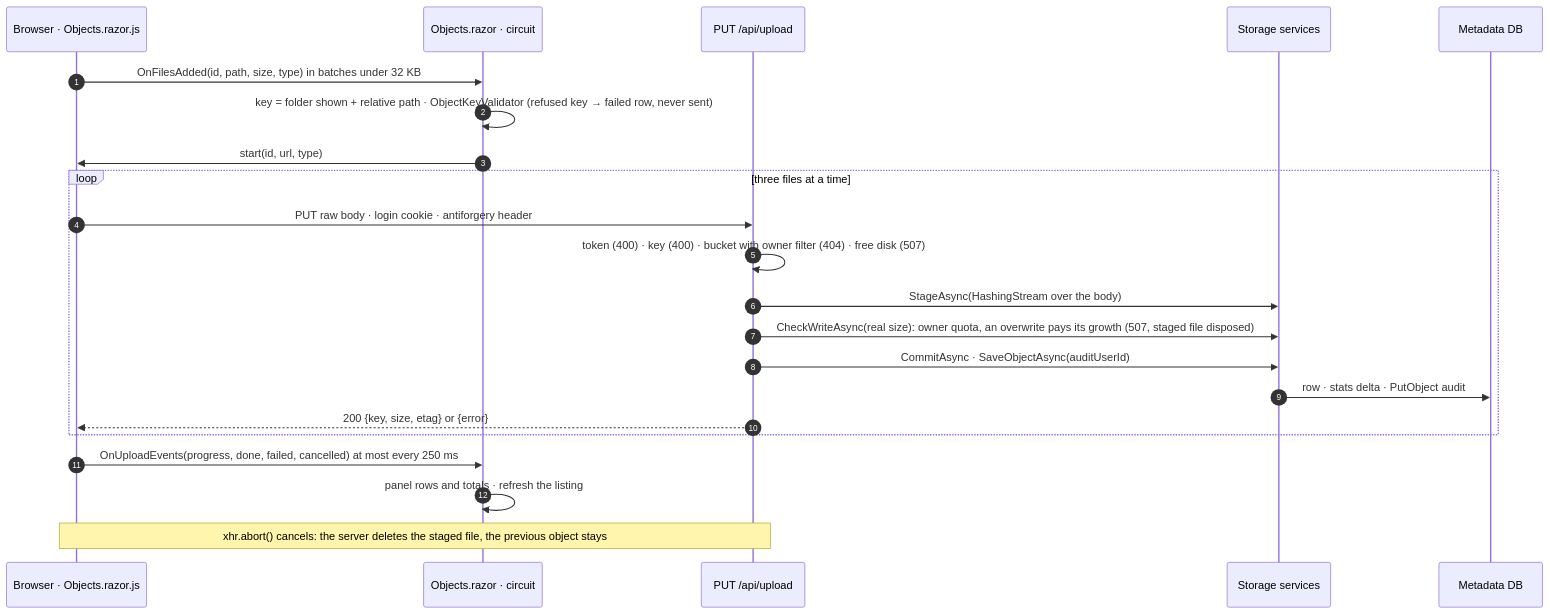
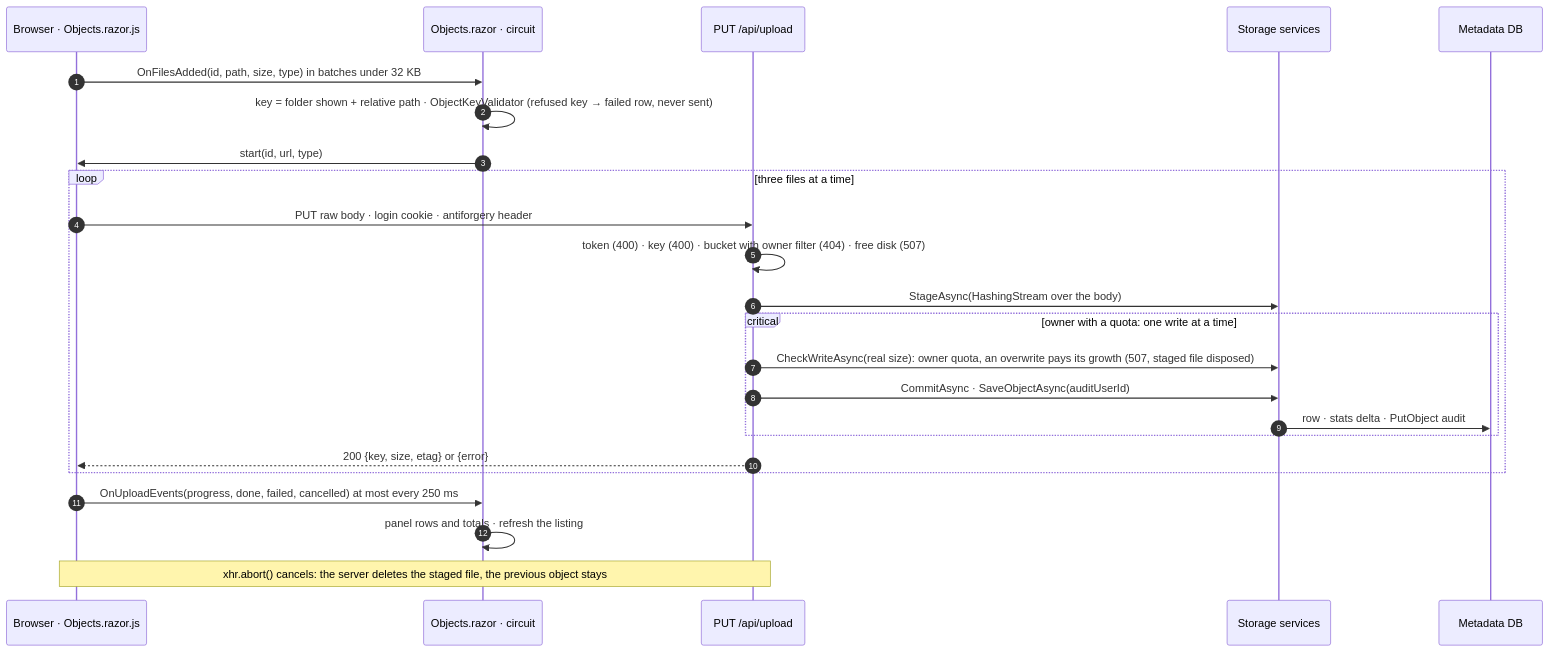
Before and after one commit to centrolabs/ObjeX: the seventh of 7 diagrams in docs/architecture.md, drawn with Mermaid. The commit also changed other lines of this file and 8 other files, not shown here.

Commit message:
describe the per-owner quota gate in CLAUDE.md and the upload sequences

````diff
--- a/docs/architecture.md
+++ b/docs/architecture.md
@@ -357,25 +361,27 @@
 ```mermaid
 sequenceDiagram
   autonumber
   participant B as Browser · Objects.razor.js
   participant P as Objects.razor · circuit
   participant U as PUT /api/upload
   participant S as Storage services
   participant DB as Metadata DB
 
   B->>P: OnFilesAdded(id, path, size, type) in batches under 32 KB
   P->>P: key = folder shown + relative path · ObjectKeyValidator (refused key → failed row, never sent)
   P->>B: start(id, url, type)
   loop three files at a time
     B->>U: PUT raw body · login cookie · antiforgery header
     U->>U: token (400) · key (400) · bucket with owner filter (404) · free disk (507)
     U->>S: StageAsync(HashingStream over the body)
-    U->>S: CheckWriteAsync(real size): owner quota, an overwrite pays its growth (507, staged file disposed)
-    U->>S: CommitAsync · SaveObjectAsync(auditUserId)
-    S->>DB: row · stats delta · PutObject audit
+    critical owner with a quota: one write at a time
+      U->>S: CheckWriteAsync(real size): owner quota, an overwrite pays its growth (507, staged file disposed)
+      U->>S: CommitAsync · SaveObjectAsync(auditUserId)
+      S->>DB: row · stats delta · PutObject audit
+    end
     U-->>B: 200 {key, size, etag} or {error}
   end
   B->>P: OnUploadEvents(progress, done, failed, cancelled) at most every 250 ms
   P->>P: panel rows and totals · refresh the listing
   Note over B,U: xhr.abort() cancels: the server deletes the staged file, the previous object stays
 ```
````
